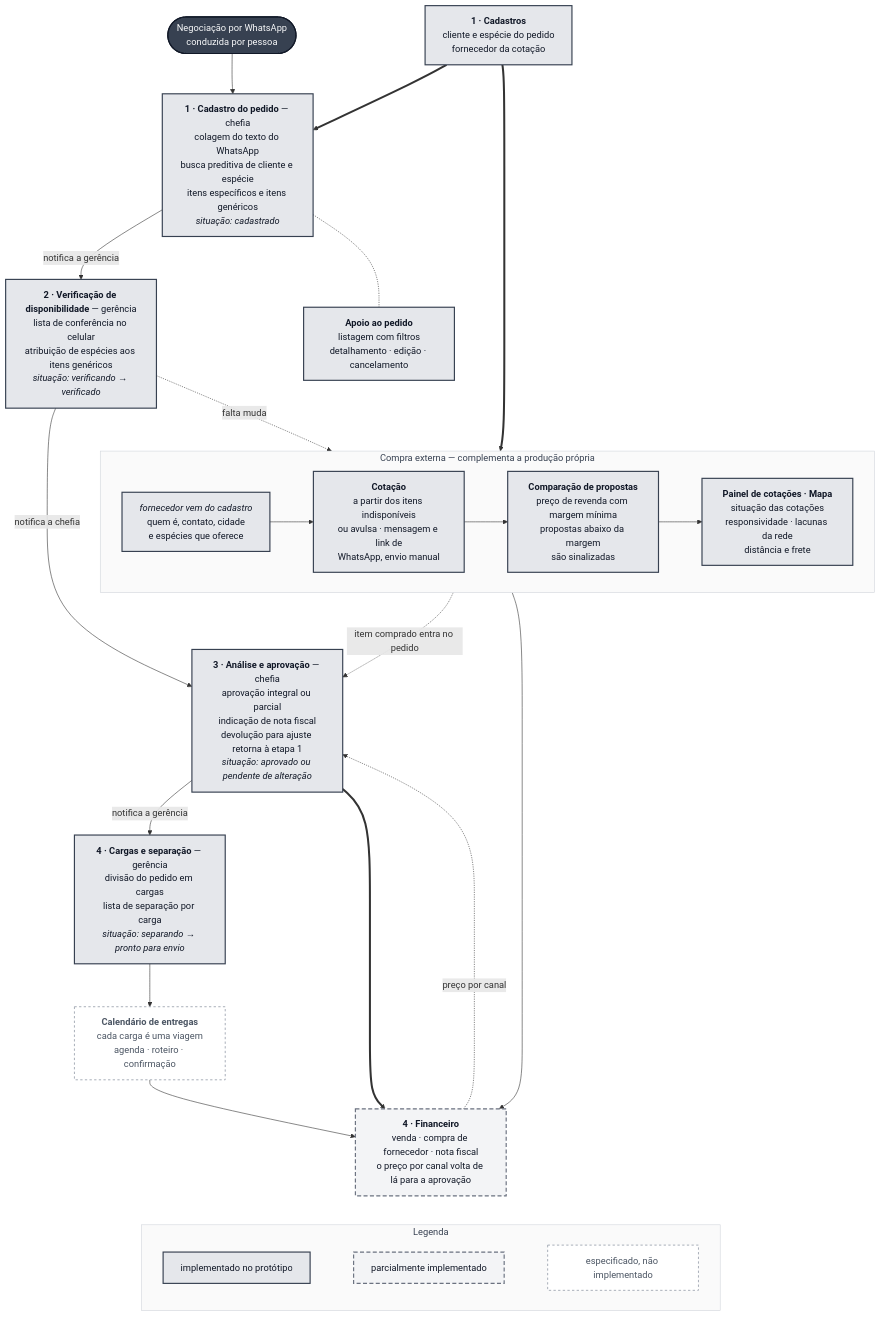
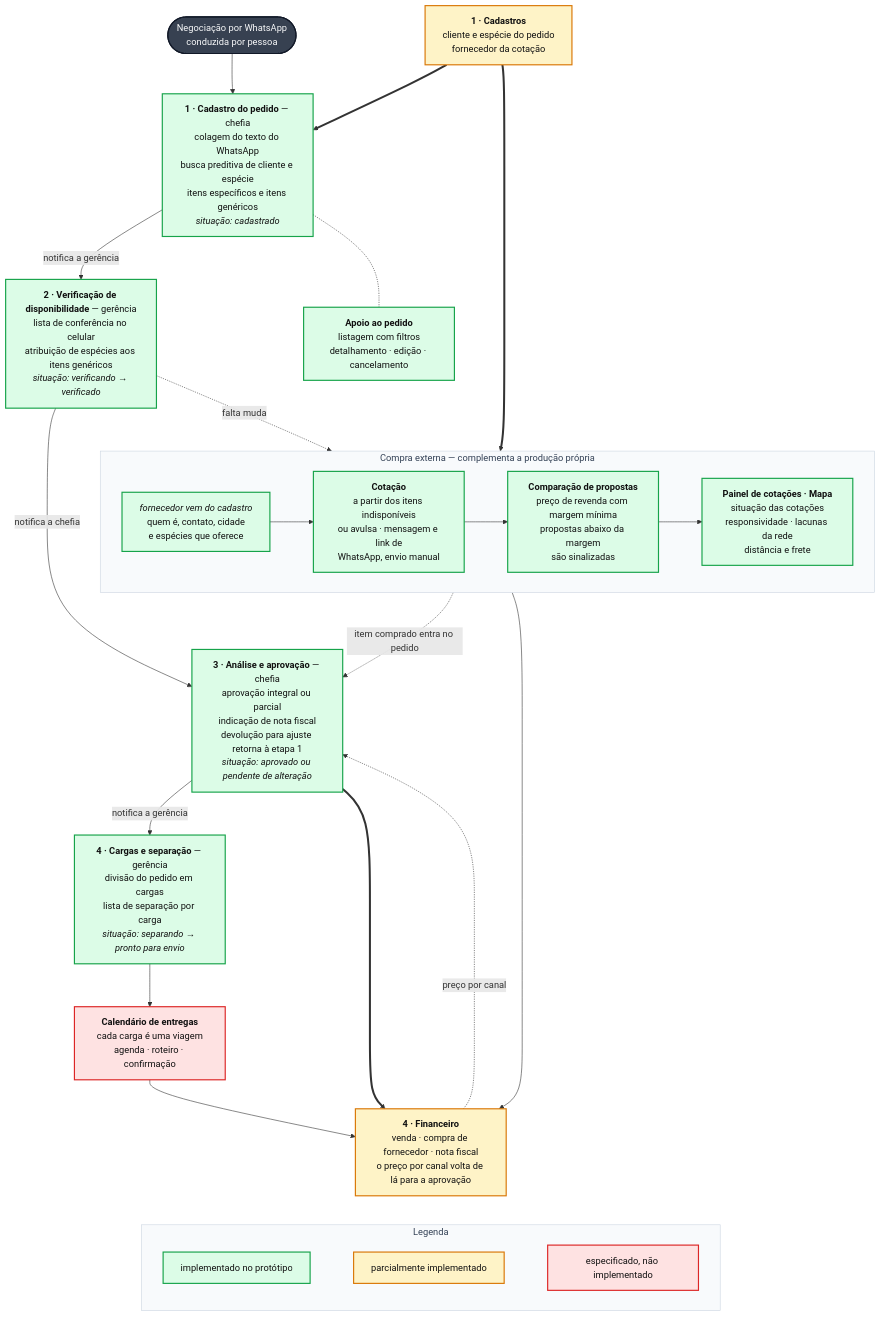
One commit to JoaoMudar/mudar changed the diagram in docs/rotinas/img/mapa-3-comercial.mmd. Above: the diagram before and after it, drawn with Mermaid. The commit also changed other lines of this file and 19 other files, not shown here.

First line of the commit message:
@ docs(rotinas): cor no .mmd, cinza no .png, e um status so

```diff
--- a/docs/rotinas/img/mapa-3-comercial.mmd
+++ b/docs/rotinas/img/mapa-3-comercial.mmd
@@ -1,62 +1,67 @@
 %% Modulo 3 de 4. O CADASTRO do fornecedor e do modulo 1; aqui fica a
 %% cotacao, que e movimento. Entregas deixou de ser a 5a etapa do pedido e
 %% virou item irmao: uma carga vira viagem, e viagem tem calendario proprio.
 flowchart TB
   WPP(["Negociação por WhatsApp<br/>conduzida por pessoa"])
 
   P1["<b>1 · Cadastro do pedido</b> &mdash; chefia<br/>colagem do texto do WhatsApp<br/>busca preditiva de cliente e espécie<br/>itens específicos e itens genéricos<br/><i>situação: cadastrado</i>"]
   P2["<b>2 · Verificação de disponibilidade</b> &mdash; gerência<br/>lista de conferência no celular<br/>atribuição de espécies aos itens genéricos<br/><i>situação: verificando &rarr; verificado</i>"]
   P3["<b>3 · Análise e aprovação</b> &mdash; chefia<br/>aprovação integral ou parcial<br/>indicação de nota fiscal<br/>devolução para ajuste retorna à etapa 1<br/><i>situação: aprovado ou pendente de alteração</i>"]
   P4["<b>4 · Cargas e separação</b> &mdash; gerência<br/>divisão do pedido em cargas<br/>lista de separação por carga<br/><i>situação: separando &rarr; pronto para envio</i>"]
   ENT["<b>Calendário de entregas</b><br/>cada carga é uma viagem<br/>agenda · roteiro · confirmação"]
 
   APO["<b>Apoio ao pedido</b><br/>listagem com filtros<br/>detalhamento · edição · cancelamento"]
 
   CAD["<b>1 · Cadastros</b><br/>cliente e espécie do pedido<br/>fornecedor da cotação"]
 
   subgraph FORN["Compra externa &mdash; complementa a produção própria"]
     direction LR
     F1["<i>fornecedor vem do cadastro</i><br/>quem é, contato, cidade<br/>e espécies que oferece"]
     F2["<b>Cotação</b><br/>a partir dos itens indisponíveis<br/>ou avulsa · mensagem e link de<br/>WhatsApp, envio manual"]
     F3["<b>Comparação de propostas</b><br/>preço de revenda com margem mínima<br/>propostas abaixo da margem<br/>são sinalizadas"]
     F4["<b>Painel de cotações · Mapa</b><br/>situação das cotações<br/>responsividade · lacunas da rede<br/>distância e frete"]
     F1 --> F2 --> F3 --> F4
   end
 
   FIN["<b>4 · Financeiro</b><br/>venda · compra de fornecedor · nota fiscal<br/>o preço por canal volta de lá para a aprovação"]
 
   CAD ==> P1
   CAD ==> F1
   WPP --> P1
   P1 -->|"notifica a gerência"| P2
   P2 -->|"notifica a chefia"| P3
   P3 -->|"notifica a gerência"| P4
   P4 --> ENT
   P1 -.- APO
   P2 -.->|"falta muda"| F2
   F3 -.->|"item comprado entra no pedido"| P3
   P3 ==> FIN
   F3 --> FIN
   ENT --> FIN
   FIN -.->|"preço por canal"| P3
 
   subgraph LEG["Legenda"]
     direction LR
     L1["implementado no protótipo"]
     L2["parcialmente implementado"]
     L3["especificado, não implementado"]
     L1 ~~~ L2 ~~~ L3
   end
   FIN ~~~ LEG
 
-  classDef feito fill:#e5e7eb,stroke:#374151,stroke-width:2px,color:#111827
-  classDef parcial fill:#f3f4f6,stroke:#6b7280,stroke-width:2px,color:#111827,stroke-dasharray:7 4
-  classDef futuro fill:#ffffff,stroke:#9ca3af,stroke-width:1.5px,color:#4b5563,stroke-dasharray:4 4
+  %% Paleta de STATUS — a fonte e colorida de proposito; o PNG sai em cinza.
+  %% Quem troca a cor pelo cinza e `npm run docs:mapas` (scripts/render-mapas.mjs).
+  %% Criterio: ok = toda etapa do modulo tem tela · meio = parte tem · falta = nenhuma tem.
+  classDef ok fill:#dcfce7,stroke:#16a34a,stroke-width:2px,color:#111
+  classDef meio fill:#fef3c7,stroke:#d97706,stroke-width:2px,color:#111
+  classDef falta fill:#fee2e2,stroke:#dc2626,stroke-width:2px,color:#111
+  classDef grupo fill:#f8fafc,stroke:#cbd5e1,stroke-width:1px,color:#334155
   classDef ator fill:#374151,stroke:#111827,stroke-width:2px,color:#f9fafb
-  classDef grupo fill:#fafafa,stroke:#d1d5db,stroke-width:1px,color:#374151
+  classDef decisao fill:#e2e8f0,stroke:#475569,stroke-width:2px,color:#111
 
-  class CAD,P1,P2,P3,P4,F1,F2,F3,F4,APO,L1 feito
-  class FIN,L2 parcial
-  class ENT,L3 futuro
+  %% Seis das oito etapas tem tela: falta so a entrega.
+  class P1,P2,P3,P4,F1,F2,F3,F4,APO,L1 ok
+  class CAD,FIN,L2 meio
+  class ENT,L3 falta
   class WPP ator
   class FORN,LEG grupo
```
